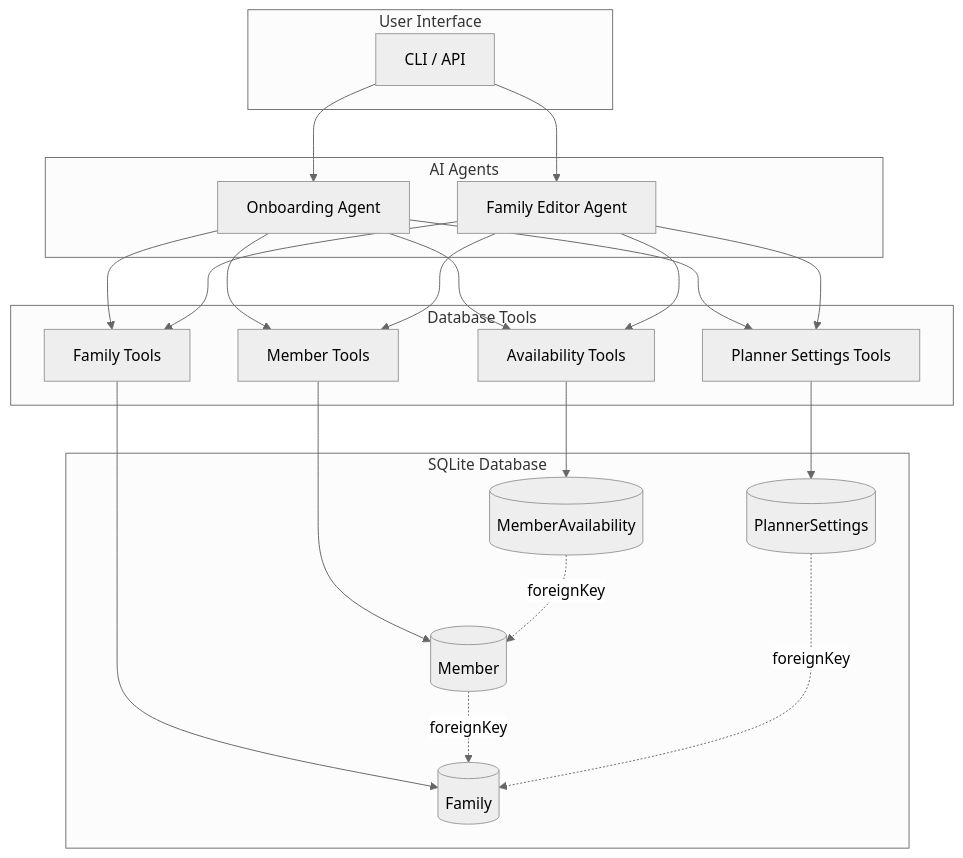
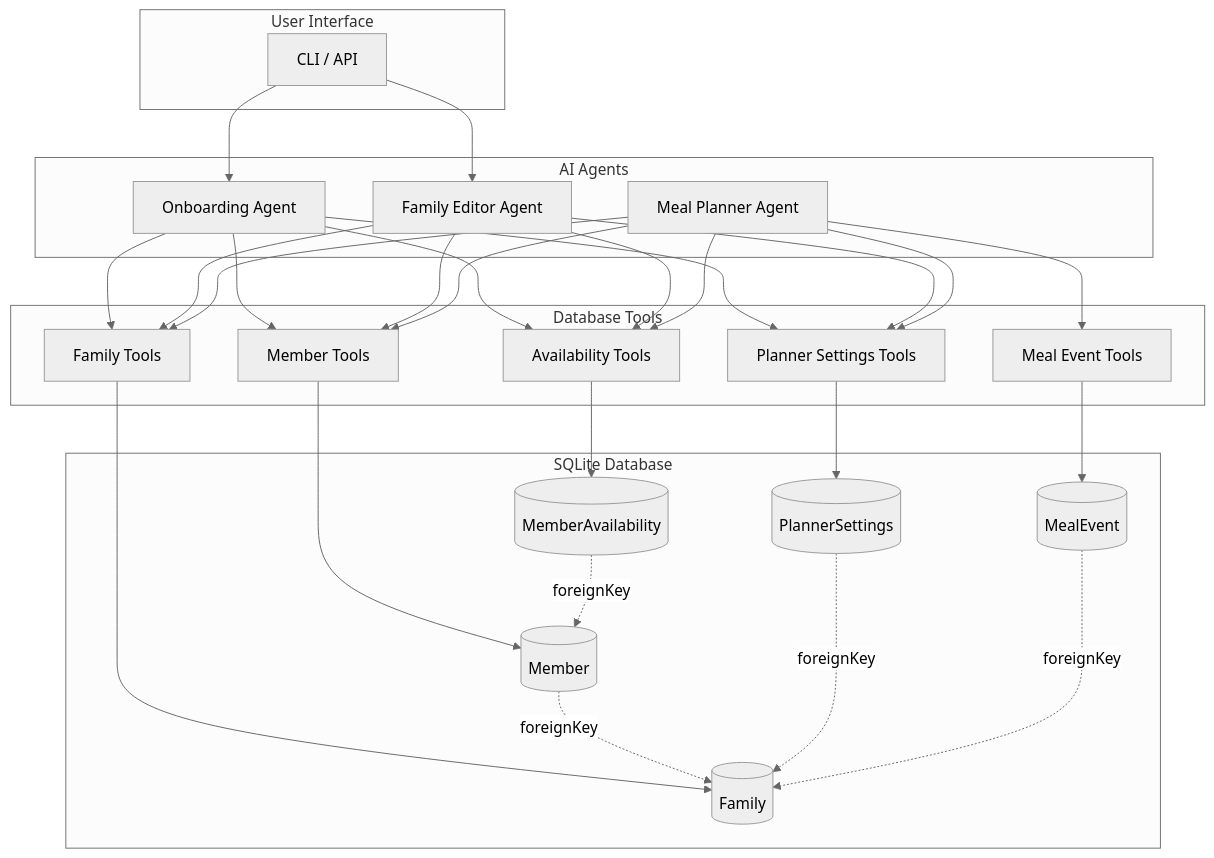
One commit to Nightbr/auguste changed the diagram in specs/architecture.md. Above: the diagram before and after it, drawn with Mermaid (neutral theme). The commit also changed other lines of this file and 19 other files, not shown here.

Commit message:
init: wip meal planner agent

````diff
--- a/specs/architecture.md
+++ b/specs/architecture.md
@@ -5,47 +5,58 @@
 ```mermaid
 flowchart TB
     subgraph UserInterface["User Interface"]
         CLI["CLI / API"]
     end
 
     subgraph Agents["AI Agents"]
         OBA["Onboarding Agent"]
         FEA["Family Editor Agent"]
+        MPA["Meal Planner Agent"]
     end
 
     subgraph Tools["Database Tools"]
         FT["Family Tools"]
         MT["Member Tools"]
         AT["Availability Tools"]
         PT["Planner Settings Tools"]
+        MET["Meal Event Tools"]
     end
 
     subgraph Database["SQLite Database"]
         FAM[("Family")]
         MEM[("Member")]
         AVL[("MemberAvailability")]
         PLS[("PlannerSettings")]
+        MLE[("MealEvent")]
     end
 
     CLI --> OBA
     CLI --> FEA
 
     OBA --> FT
     OBA --> MT
     OBA --> AT
     OBA --> PT
 
     FEA --> FT
     FEA --> MT
     FEA --> AT
     FEA --> PT
 
+    MPA --> FT
+    MPA --> MT
+    MPA --> AT
+    MPA --> PT
+    MPA --> MET
+
     FT --> FAM
     MT --> MEM
     AT --> AVL
     PT --> PLS
+    MET --> MLE
 
     MEM -.->|"foreignKey"| FAM
     AVL -.->|"foreignKey"| MEM
     PLS -.->|"foreignKey"| FAM
+    MLE -.->|"foreignKey"| FAM
 ```
````
